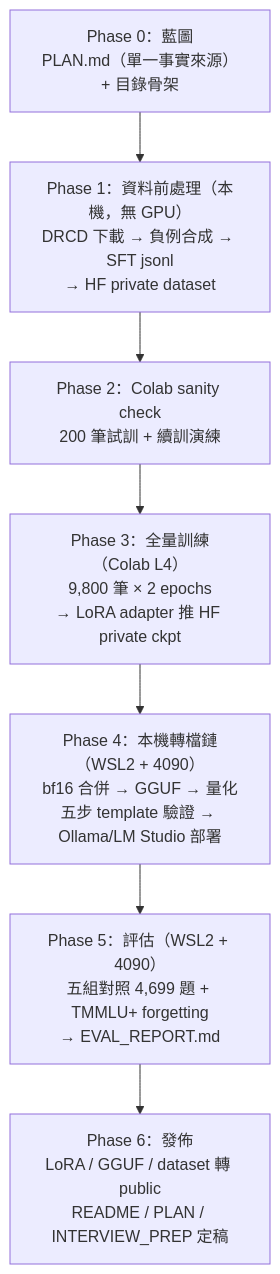
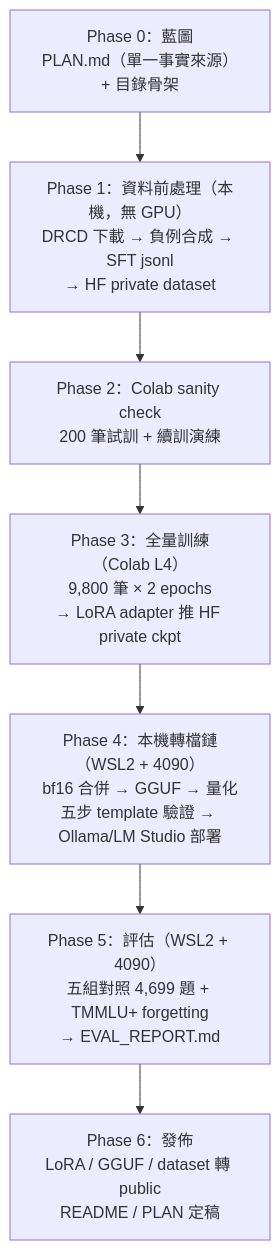
One commit to kuotunyu/local-llm-lifecycle changed the first of 2 diagrams in README.md. Above: the diagram before and after it, drawn with Mermaid. The commit also changed other lines of this file and 2 other files, not shown here.

````diff
--- a/README.md
+++ b/README.md
@@ -32,11 +32,11 @@
 ```mermaid
 flowchart TB
     P0["Phase 0：藍圖<br>PLAN.md（單一事實來源）+ 目錄骨架"]
     P1["Phase 1：資料前處理（本機，無 GPU）<br>DRCD 下載 → 負例合成 → SFT jsonl<br>→ HF private dataset"]
     P2["Phase 2：Colab sanity check<br>200 筆試訓 + 續訓演練"]
     P3["Phase 3：全量訓練（Colab L4）<br>9,800 筆 × 2 epochs<br>→ LoRA adapter 推 HF private ckpt"]
     P4["Phase 4：本機轉檔鏈（WSL2 + 4090）<br>bf16 合併 → GGUF → 量化<br>五步 template 驗證 → Ollama/LM Studio 部署"]
     P5["Phase 5：評估（WSL2 + 4090）<br>五組對照 4,699 題 + TMMLU+ forgetting<br>→ EVAL_REPORT.md"]
-    P6["Phase 6：發佈<br>LoRA / GGUF / dataset 轉 public<br>README / PLAN / INTERVIEW_PREP 定稿"]
+    P6["Phase 6：發佈<br>LoRA / GGUF / dataset 轉 public<br>README / PLAN 定稿"]
     P0 --> P1 --> P2 --> P3 --> P4 --> P5 --> P6
 ```
````
